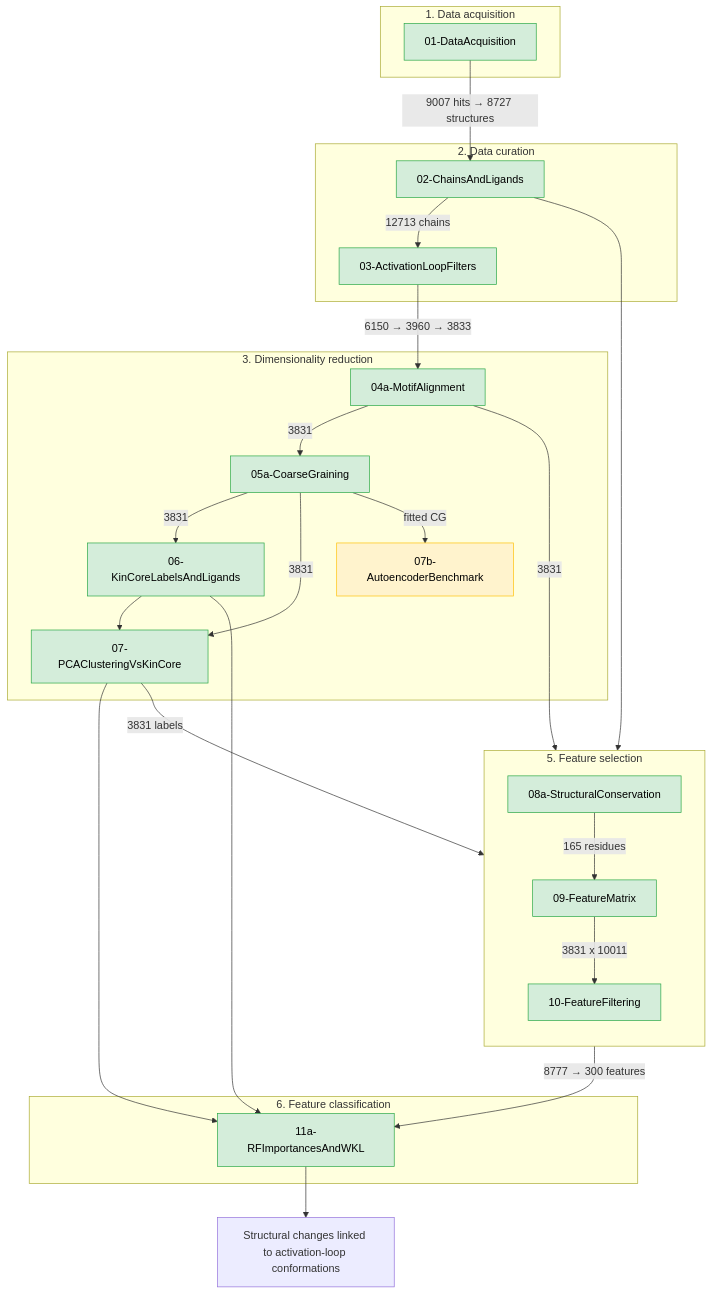
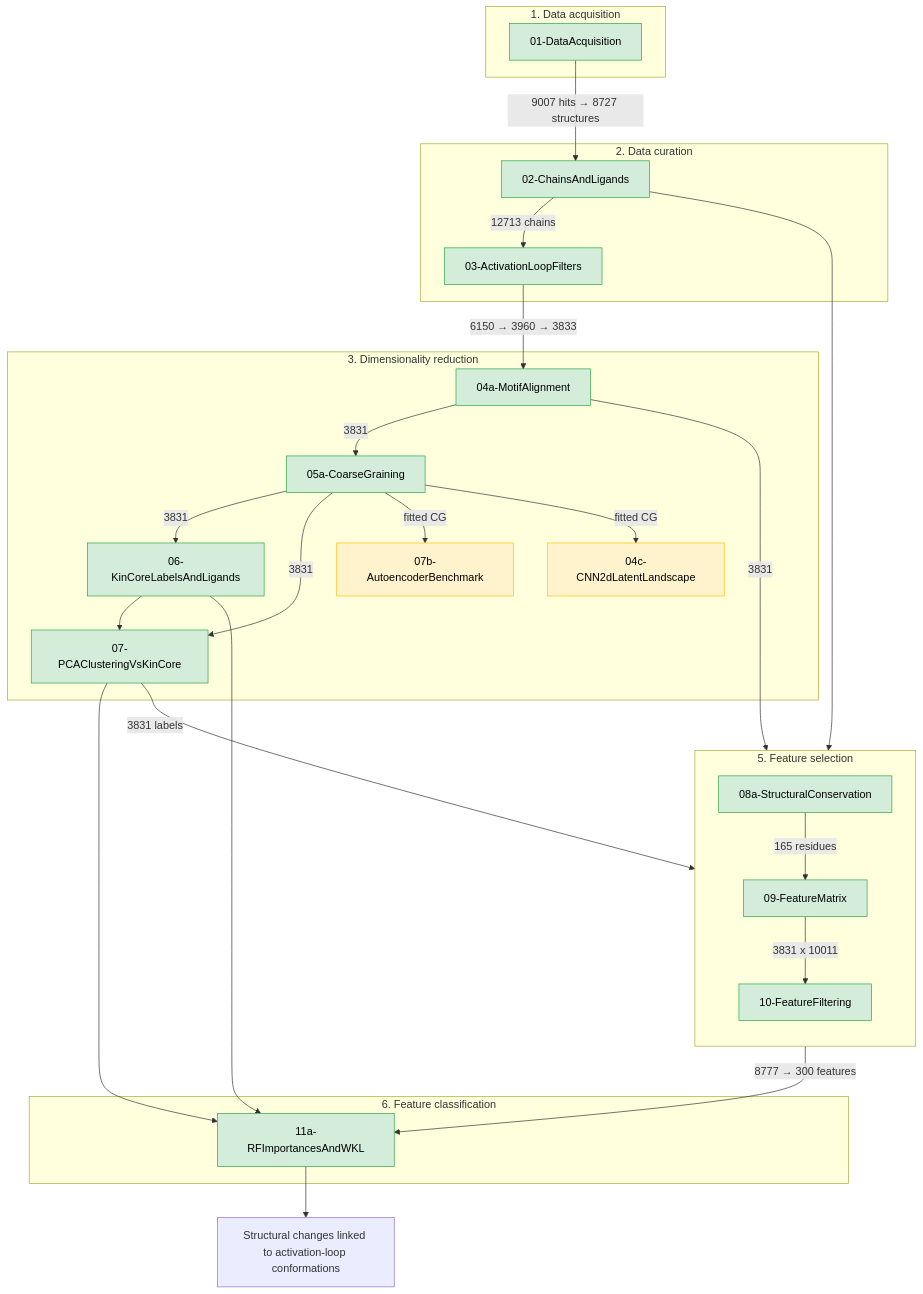
One commit to meyresearch/BRAF changed the diagram in README.md. Above: the diagram before and after it, drawn with Mermaid. The commit also changed other lines of this file and 6 other files, not shown here.

First line of the commit message:
Add 04c CNN2d autoencoder experiment with a 6D latent space.

````diff
--- a/README.md
+++ b/README.md
@@ -15,49 +15,51 @@
 ```mermaid
 flowchart TB
   subgraph s1 ["1. Data acquisition"]
     N01["01-DataAcquisition"]
   end
   subgraph s2 ["2. Data curation"]
     N02["02-ChainsAndLigands"]
     N03["03-ActivationLoopFilters"]
   end
   subgraph s3 ["3. Dimensionality reduction"]
     N04a["04a-MotifAlignment"]
     N05a["05a-CoarseGraining"]
     N06["06-KinCoreLabelsAndLigands"]
     N07["07-PCAClusteringVsKinCore"]
     N07b["07b-AutoencoderBenchmark"]
+    N04c["04c-CNN2dLatentLandscape"]
   end
   subgraph s5 ["5. Feature selection"]
     direction TB
     N08a["08a-StructuralConservation"]
     N09["09-FeatureMatrix"]
     N10["10-FeatureFiltering"]
   end
   subgraph s6 ["6. Feature classification"]
     N11a["11a-RFImportancesAndWKL"]
   end
 
   N01 -->|"9007 hits → 8727 structures"| N02
   N02 -->|"12713 chains"| N03
   N03 -->|"6150 → 3960 → 3833"| N04a
   N04a -->|"3831"| N05a
   N05a -->|"3831"| N06
   N05a -->|"3831"| N07
   N05a -->|"fitted CG"| N07b
+  N05a -->|"fitted CG"| N04c
   N06 --> N07
   N04a -->|"3831"| N08a
   N08a -->|"165 residues"| N09
   N07 -->|"3831 labels"| N09
   N02 --> N09
   N09 -->|"3831 x 10011"| N10
   N10 -->|"8777 → 300 features"| N11a
   N07 --> N11a
   N06 --> N11a
   N11a --> outNode["Structural changes linked to activation-loop conformations"]
 
   classDef main fill:#d4edda,stroke:#28a745,color:#000
   classDef experiment fill:#fff3cd,stroke:#ffc107,color:#000
   class N01,N02,N03,N04a,N05a,N06,N07,N08a,N09,N10,N11a main
-  class N07b experiment
+  class N07b,N04c experiment
 ```
````
